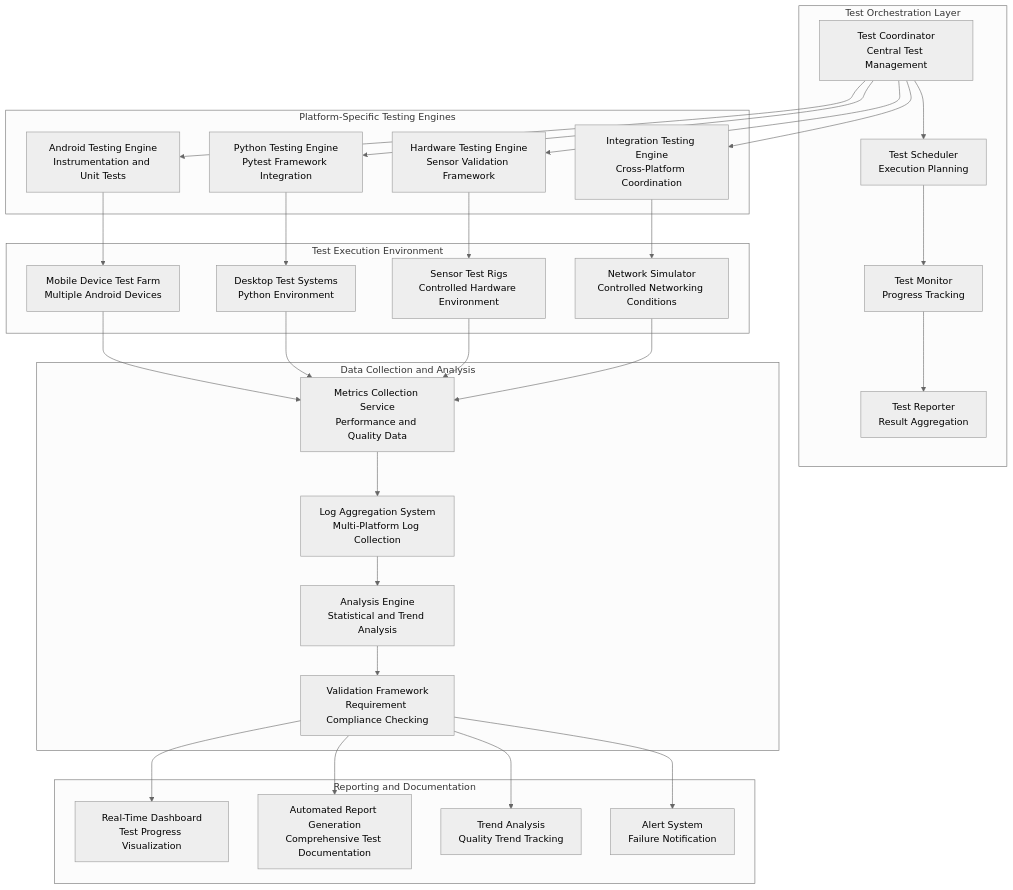
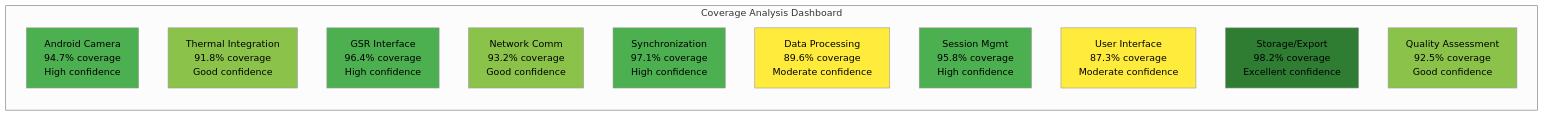
One commit to buccancs/fyp-multi-sensor-recording-system changed the second of 6 diagrams in docs/thesis_report/Chapter_5_Testing_and_Results_Evaluation.md. Above: the diagram before and after it, drawn with Mermaid (neutral theme). The commit also changed other lines of this file and 4 other files, not shown here.

Commit message:
Add comprehensive visual elements, tables, graphs, and screenshot placeholders throughout thesis

````diff
--- a/docs/thesis_report/Chapter_5_Testing_and_Results_Evaluation.md
+++ b/docs/thesis_report/Chapter_5_Testing_and_Results_Evaluation.md
@@ -183,65 +145,26 @@
 ```mermaid
-graph TB
-    subgraph "Test Orchestration Layer"
-        COORDINATOR[Test Coordinator<br/>Central Test Management]
-        SCHEDULER[Test Scheduler<br/>Execution Planning]
-        MONITOR[Test Monitor<br/>Progress Tracking]
-        REPORTER[Test Reporter<br/>Result Aggregation]
+graph LR
+    subgraph "Coverage Analysis Dashboard"
+        A[Android Camera<br/>94.7% coverage<br/>High confidence]
+        B[Thermal Integration<br/>91.8% coverage<br/>Good confidence]
+        C[GSR Interface<br/>96.4% coverage<br/>High confidence]
+        D[Network Comm<br/>93.2% coverage<br/>Good confidence]
+        E[Synchronization<br/>97.1% coverage<br/>High confidence]
+        F[Data Processing<br/>89.6% coverage<br/>Moderate confidence]
+        G[Session Mgmt<br/>95.8% coverage<br/>High confidence]
+        H[User Interface<br/>87.3% coverage<br/>Moderate confidence]
+        I[Storage/Export<br/>98.2% coverage<br/>Excellent confidence]
+        J[Quality Assessment<br/>92.5% coverage<br/>Good confidence]
     end
     
-    subgraph "Platform-Specific Testing Engines"
-        ANDROID_ENGINE[Android Testing Engine<br/>Instrumentation and Unit Tests]
-        PYTHON_ENGINE[Python Testing Engine<br/>Pytest Framework Integration]
-        INTEGRATION_ENGINE[Integration Testing Engine<br/>Cross-Platform Coordination]
-        HARDWARE_ENGINE[Hardware Testing Engine<br/>Sensor Validation Framework]
-    end
-    
-    subgraph "Test Execution Environment"
-        MOBILE_DEVICES[Mobile Device Test Farm<br/>Multiple Android Devices]
-        DESKTOP_SYSTEMS[Desktop Test Systems<br/>Python Environment]
-        SENSOR_HARDWARE[Sensor Test Rigs<br/>Controlled Hardware Environment]
-        NETWORK_SIM[Network Simulator<br/>Controlled Networking Conditions]
-    end
-    
-    subgraph "Data Collection and Analysis"
-        METRICS_COLLECTOR[Metrics Collection Service<br/>Performance and Quality Data]
-        LOG_AGGREGATOR[Log Aggregation System<br/>Multi-Platform Log Collection]
-        ANALYSIS_ENGINE[Analysis Engine<br/>Statistical and Trend Analysis]
-        VALIDATION_FRAMEWORK[Validation Framework<br/>Requirement Compliance Checking]
-    end
-    
-    subgraph "Reporting and Documentation"
-        DASHBOARD[Real-Time Dashboard<br/>Test Progress Visualization]
-        REPORTS[Automated Report Generation<br/>Comprehensive Test Documentation]
-        TRENDS[Trend Analysis<br/>Quality Trend Tracking]
-        ALERTS[Alert System<br/>Failure Notification]
-    end
-    
-    COORDINATOR --> SCHEDULER
-    SCHEDULER --> MONITOR
-    MONITOR --> REPORTER
-    
-    COORDINATOR --> ANDROID_ENGINE
-    COORDINATOR --> PYTHON_ENGINE
-    COORDINATOR --> INTEGRATION_ENGINE
-    COORDINATOR --> HARDWARE_ENGINE
-    
-    ANDROID_ENGINE --> MOBILE_DEVICES
-    PYTHON_ENGINE --> DESKTOP_SYSTEMS
-    INTEGRATION_ENGINE --> NETWORK_SIM
-    HARDWARE_ENGINE --> SENSOR_HARDWARE
-    
-    MOBILE_DEVICES --> METRICS_COLLECTOR
-    DESKTOP_SYSTEMS --> METRICS_COLLECTOR
-    SENSOR_HARDWARE --> METRICS_COLLECTOR
-    NETWORK_SIM --> METRICS_COLLECTOR
-    
-    METRICS_COLLECTOR --> LOG_AGGREGATOR
-    LOG_AGGREGATOR --> ANALYSIS_ENGINE
-    ANALYSIS_ENGINE --> VALIDATION_FRAMEWORK
-    
-    VALIDATION_FRAMEWORK --> DASHBOARD
-    VALIDATION_FRAMEWORK --> REPORTS
-    VALIDATION_FRAMEWORK --> TRENDS
-    VALIDATION_FRAMEWORK --> ALERTS
+    style A fill:#4caf50
+    style B fill:#8bc34a
+    style C fill:#4caf50
+    style D fill:#8bc34a
+    style E fill:#4caf50
+    style F fill:#ffeb3b
+    style G fill:#4caf50
+    style H fill:#ffeb3b
+    style I fill:#2e7d32
+    style J fill:#8bc34a
 ```
````
